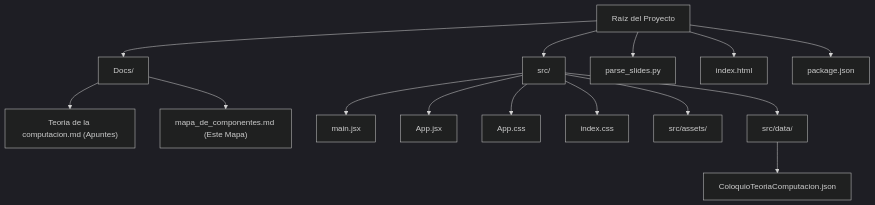
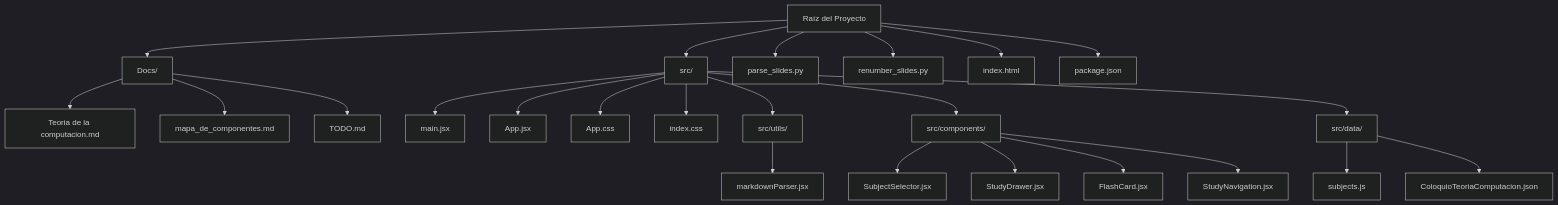
Before and after one commit to martinvarela206/MemoCard: the first of 2 diagrams in Docs/mapa_de_componentes.md, drawn with Mermaid (dark theme). The commit also changed other lines of this file and 10 other files, not shown here.

Commit message:
feat: selector de materias, drawer tematico y navegacion de 5 botones

````diff
--- a/Docs/mapa_de_componentes.md
+++ b/Docs/mapa_de_componentes.md
@@ -11,26 +11,38 @@
 ```mermaid
 graph TD
     Root[Raíz del Proyecto]
     Docs[Docs/]
     Src[src/]
-    Assets[src/assets/]
+    Utils[src/utils/]
+    Components[src/components/]
     Data[src/data/]
 
     Root --> Docs
     Root --> Src
     Root --> parse_py[parse_slides.py]
+    Root --> renumber_py[renumber_slides.py]
     Root --> index_html[index.html]
     Root --> package_json[package.json]
     
-    Docs --> md_source["Teoria de la computacion.md (Apuntes)"]
-    Docs --> map_md["mapa_de_componentes.md (Este Mapa)"]
-    
+    Docs --> md_source["Teoria de la computacion.md"]
+    Docs --> map_md["mapa_de_componentes.md"]
+    Docs --> todo_md["TODO.md"]
+
     Src --> main_jsx[main.jsx]
     Src --> App_jsx[App.jsx]
     Src --> App_css[App.css]
     Src --> index_css[index.css]
-    Src --> Assets
+    Src --> Utils
+    Src --> Components
     Src --> Data
     
-    Data --> json_source[ColoquioTeoriaComputacion.json]
+    Utils --> md_parser["markdownParser.jsx"]
+    
+    Components --> SubjSel["SubjectSelector.jsx"]
+    Components --> Drawer["StudyDrawer.jsx"]
+    Components --> Card["FlashCard.jsx"]
+    Components --> Nav["StudyNavigation.jsx"]
+    
+    Data --> subjects_js["subjects.js"]
+    Data --> json_source["ColoquioTeoriaComputacion.json"]
 ```
````
